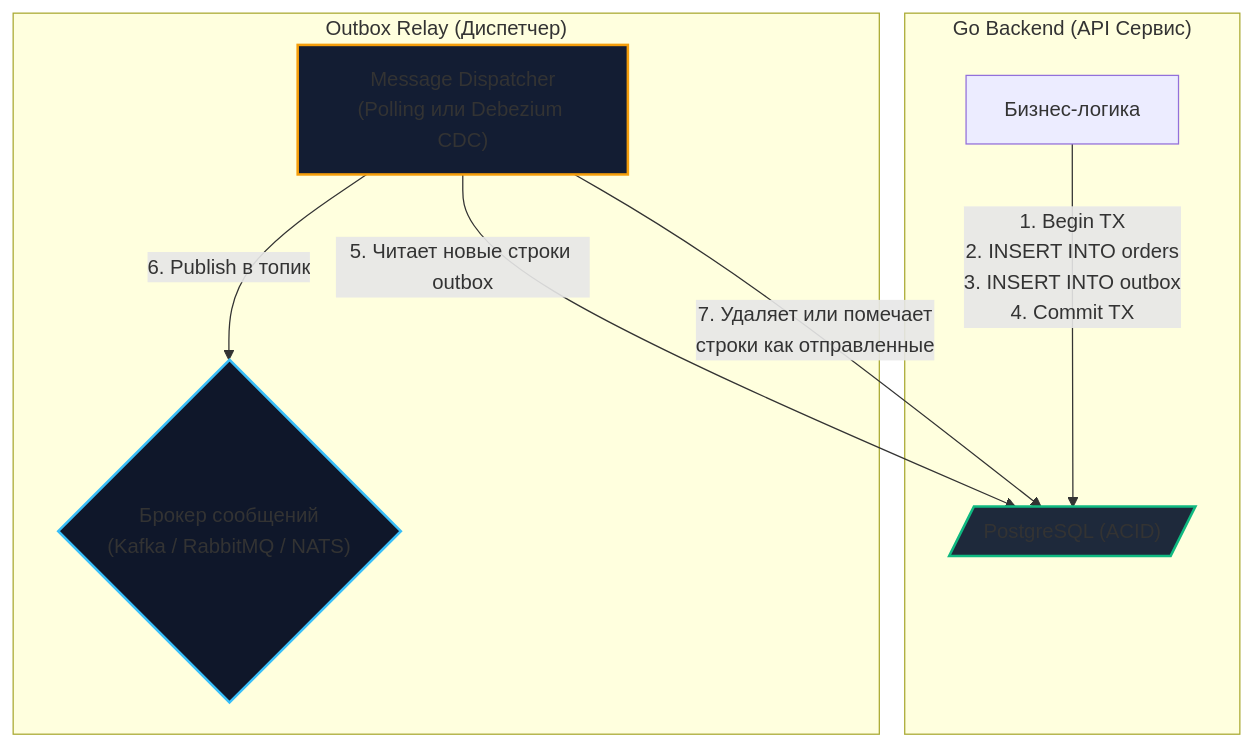
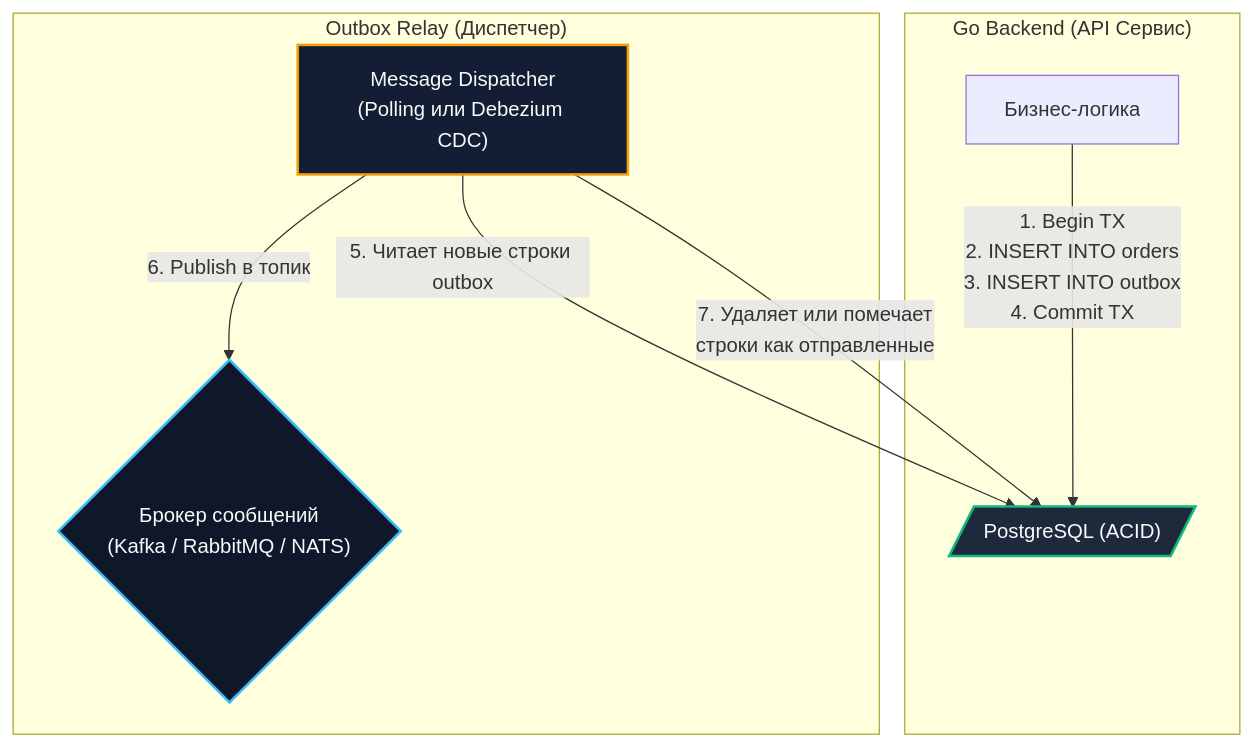
Before and after one commit to UnrealTemplier/go-textbook: the diagram in sources/13. Очереди, брокеры сообщений и оркестраторы/05. Паттерны и архитектура/6. Outbox pattern.md, drawn with Mermaid. The commit also changed 310 other files, not shown here.

First line of the commit message:
fix(mermaid): replace light fill colors with dark palette for readability on dark theme

````diff
--- a/sources/13. Очереди, брокеры сообщений и оркестраторы/05. Паттерны и архитектура/6. Outbox pattern.md
+++ b/sources/13. Очереди, брокеры сообщений и оркестраторы/05. Паттерны и архитектура/6. Outbox pattern.md
@@ -73,16 +73,16 @@
 ```mermaid
 flowchart TD
     subgraph App ["Go Backend (API Сервис)"]
         A["Бизнес-логика"] -->|"1. Begin TX<br>2. INSERT INTO orders<br>3. INSERT INTO outbox<br>4. Commit TX"| B[/"PostgreSQL (ACID)"/]
     end
     
     subgraph Relay ["Outbox Relay (Диспетчер)"]
         C["Message Dispatcher<br>(Polling или Debezium CDC)"] -->|"5. Читает новые строки outbox"| B
         C -->|"6. Publish в топик"| D{"Брокер сообщений<br>(Kafka / RabbitMQ / NATS)"}
         C -->|"7. Удаляет или помечает<br>строки как отправленные"| B
     end
 
-    style B fill:#1e293b,stroke:#10b981,stroke-width:2px
-    style D fill:#0f172a,stroke:#38bdf8,stroke-width:2px
-    style C fill:#131d33,stroke:#f59e0b,stroke-width:2px
+    style B fill:#1e293b,stroke:#10b981,stroke-width:2px,color:#f8fafc
+    style D fill:#0f172a,stroke:#38bdf8,stroke-width:2px,color:#f8fafc
+    style C fill:#131d33,stroke:#f59e0b,stroke-width:2px,color:#f8fafc
 ```
````
